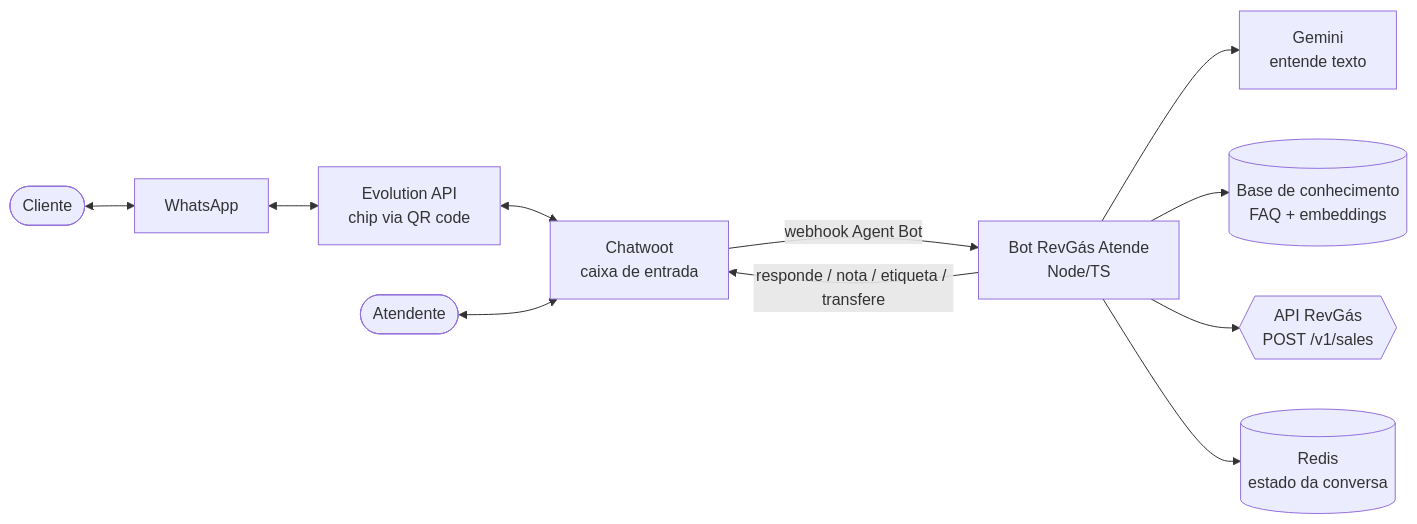
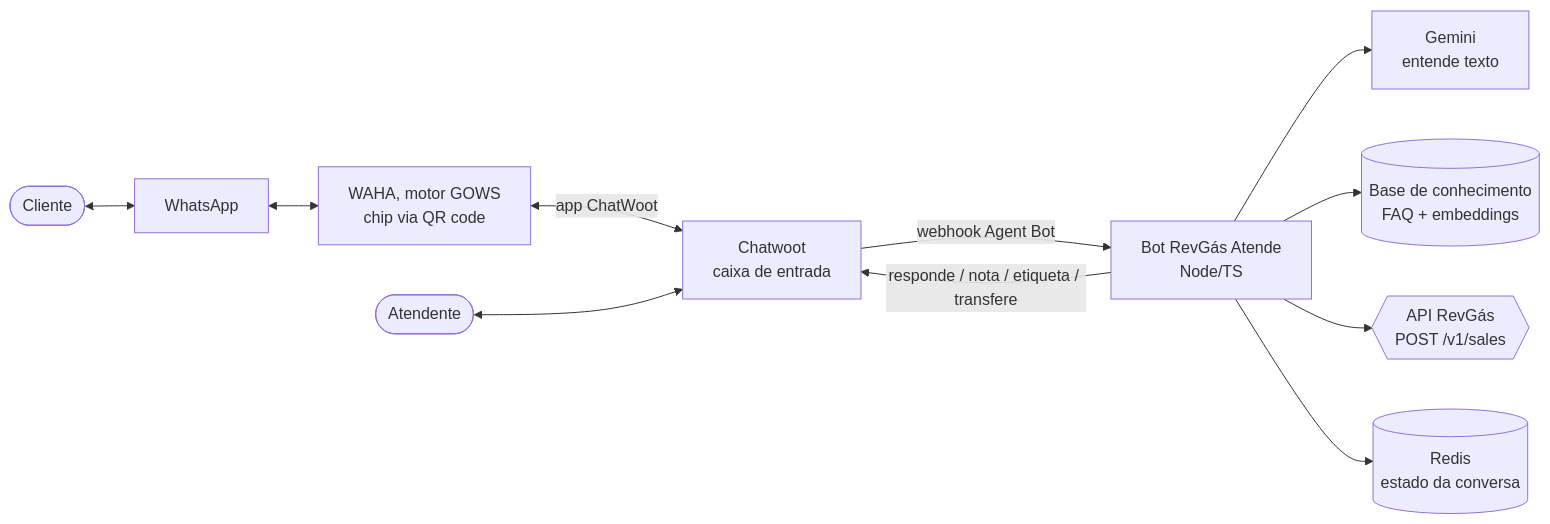
The diagram in docs/superpowers/specs/2026-11-18-revgas-atende-design.md (lucazolvr/revgas-atende), drawn with Mermaid before and after one commit. The commit also changed other lines of this file and 3 other files, not shown here.

First line of the commit message:
docs: troca da Evolution API pelo WAHA em toda a documentação

````diff
--- a/docs/superpowers/specs/2026-11-18-revgas-atende-design.md
+++ b/docs/superpowers/specs/2026-11-18-revgas-atende-design.md
@@ -52,13 +54,13 @@
 ```mermaid
 flowchart LR
     C([Cliente]) <--> WA[WhatsApp]
-    WA <--> EVO[Evolution API<br/>chip via QR code]
-    EVO <--> CW[Chatwoot<br/>caixa de entrada]
+    WA <--> WAHA[WAHA, motor GOWS<br/>chip via QR code]
+    WAHA <-- app ChatWoot --> CW[Chatwoot<br/>caixa de entrada]
     CW -- webhook Agent Bot --> BOT[Bot RevGás Atende<br/>Node/TS]
     BOT -- responde / nota / etiqueta / transfere --> CW
     BOT --> IA[Gemini<br/>entende texto]
     BOT --> KB[(Base de conhecimento<br/>FAQ + embeddings)]
     BOT --> ERP{{API RevGás<br/>POST /v1/sales}}
     BOT --> R[(Redis<br/>estado da conversa)]
     AT([Atendente]) <--> CW
 ```
````
